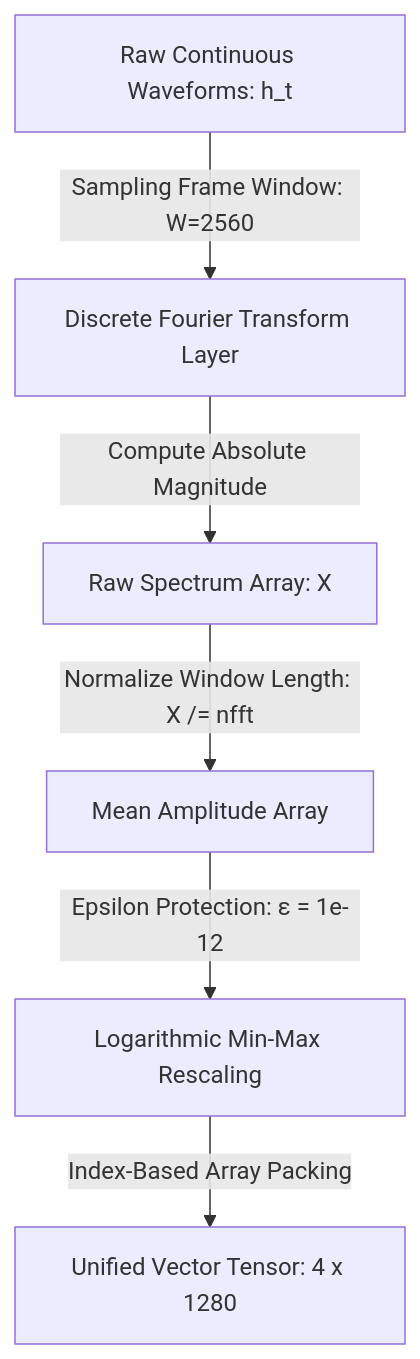
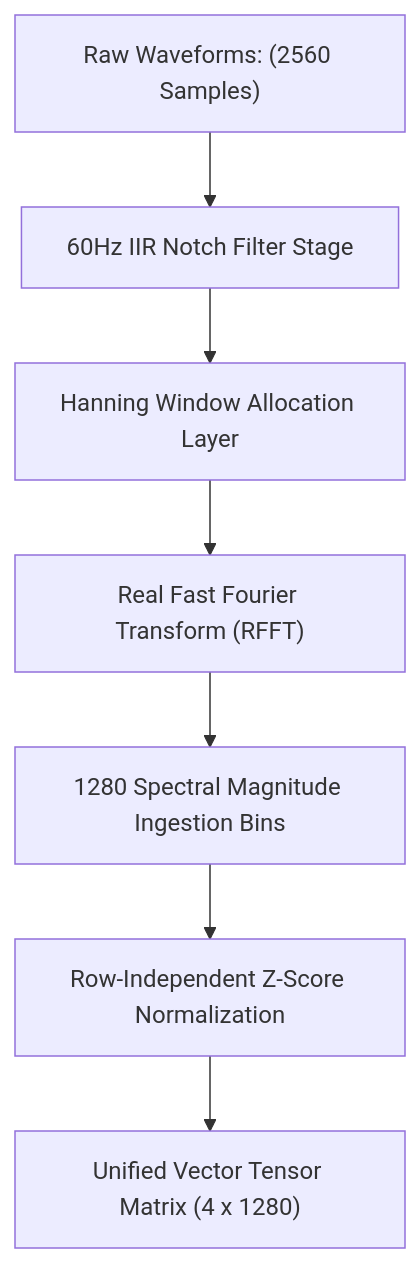
One commit to FrequencyProject/The-Frequency-Project changed the diagram in THE_FREQUENCY_MANIFESTO.md. Above: the diagram before and after it, drawn with Mermaid. The commit also changed other lines of this file and 3 other files, not shown here.

Commit message:
docs: implement modular documentation architecture and restore complete AFE hardware blueprint specs

````diff
--- a/THE_FREQUENCY_MANIFESTO.md
+++ b/THE_FREQUENCY_MANIFESTO.md
@@ -141,8 +66,9 @@
 ```mermaid
 graph TD  
-    A[Raw Continuous Waveforms: h_t] -->|Sampling Frame Window: W=2560| B[Discrete Fourier Transform Layer]  
-    B -->|Compute Absolute Magnitude| C[Raw Spectrum Array: X]  
-    C -->|Normalize Window Length: X /= nfft| D[Mean Amplitude Array]  
-    D -->|Epsilon Protection: ε = 1e-12| E[Logarithmic Min-Max Rescaling]  
-    E -->|Index-Based Array Packing| F[Unified Vector Tensor: 4 x 1280]
+    A["Raw Waveforms: (2560 Samples)"] --> B["60Hz IIR Notch Filter Stage"]  
+    B --> C["Hanning Window Allocation Layer"]  
+    C --> D["Real Fast Fourier Transform (RFFT)"]  
+    D --> E["1280 Spectral Magnitude Ingestion Bins"]  
+    E --> F["Row-Independent Z-Score Normalization"]
+    F --> G["Unified Vector Tensor Matrix (4 x 1280)"]
 ```
````
